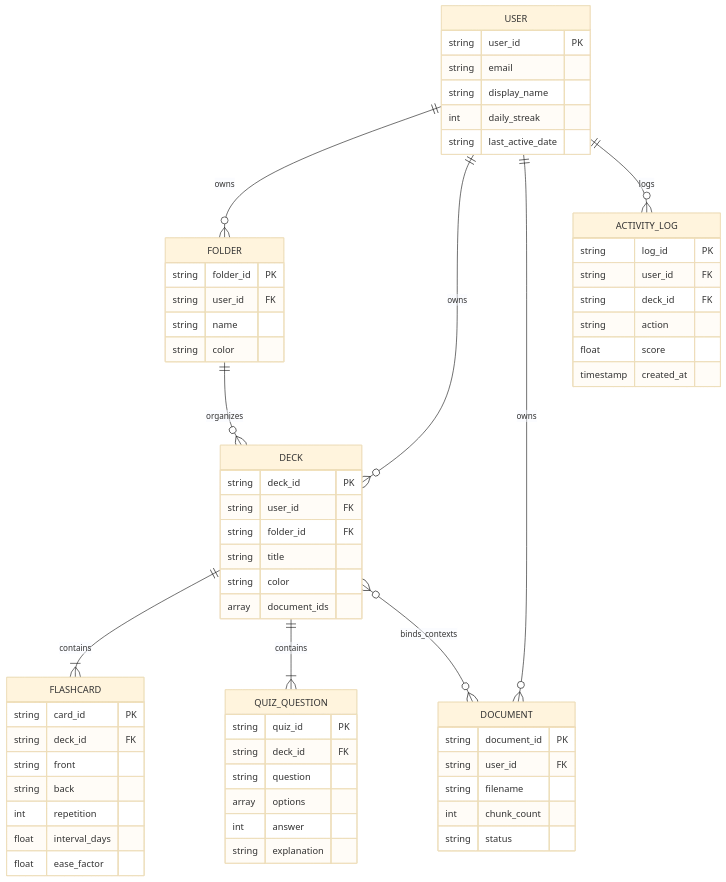
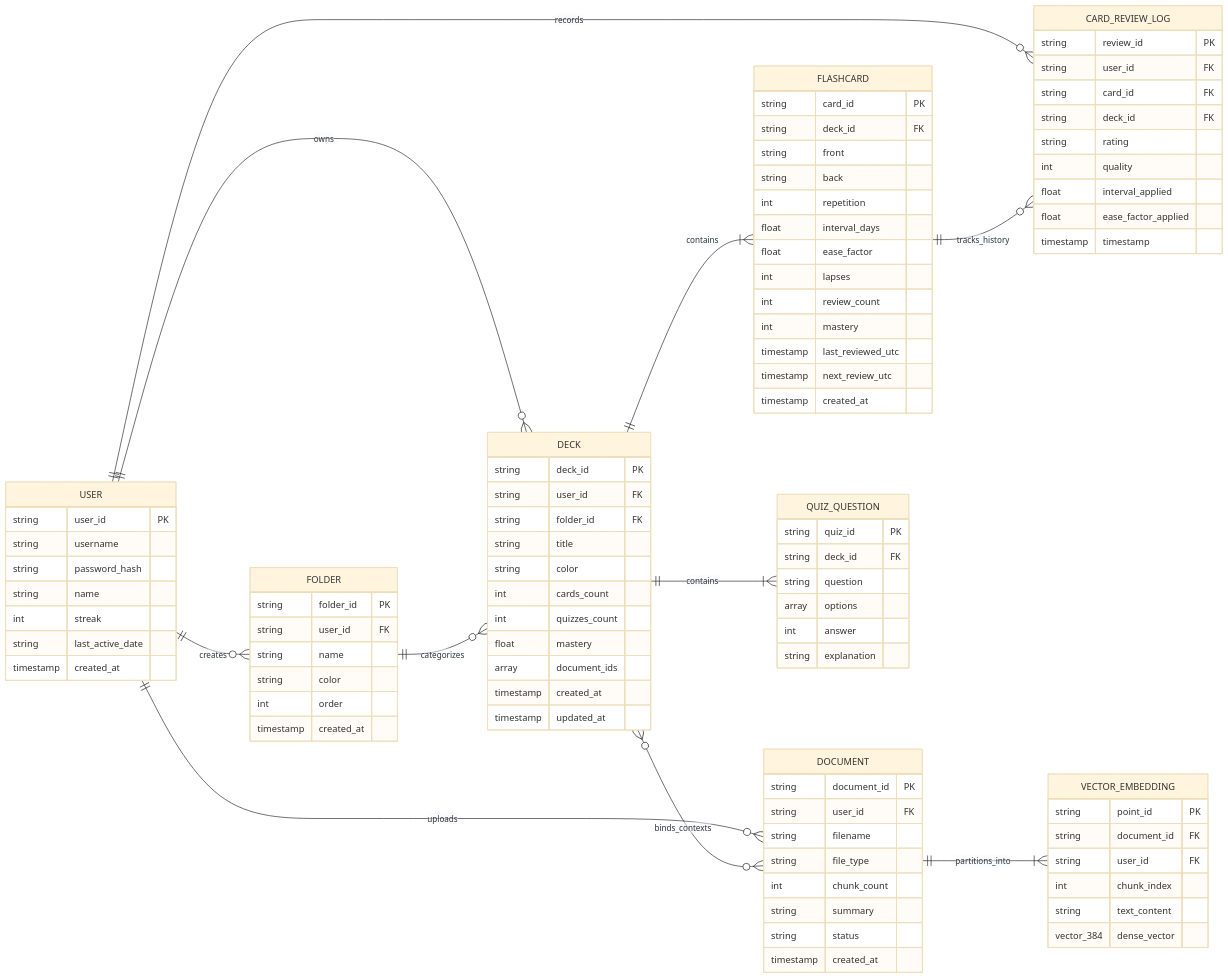
The tenth of 17 diagrams in documentation/DIAGRAMS.md (AryanTikam/Mneme), drawn with Mermaid (base theme) before and after one commit. The commit also changed other lines of this file and 8 other files, not shown here.

Commit message:
Updated report with ui snapshots and latest erd

````diff
--- a/documentation/DIAGRAMS.md
+++ b/documentation/DIAGRAMS.md
@@ -413,20 +438,26 @@
 ```mermaid
 erDiagram
-    USER ||--o{ FOLDER : owns
+    direction LR
+
+    USER ||--o{ FOLDER : creates
     USER ||--o{ DECK : owns
-    USER ||--o{ DOCUMENT : owns
-    USER ||--o{ ACTIVITY_LOG : logs
-    FOLDER ||--o{ DECK : organizes
+    USER ||--o{ DOCUMENT : uploads
+    USER ||--o{ CARD_REVIEW_LOG : records
+    FOLDER ||--o{ DECK : categorizes
     DECK ||--|{ FLASHCARD : contains
     DECK ||--|{ QUIZ_QUESTION : contains
     DECK }o--o{ DOCUMENT : binds_contexts
+    DOCUMENT ||--|{ VECTOR_EMBEDDING : partitions_into
+    FLASHCARD ||--o{ CARD_REVIEW_LOG : tracks_history
 
     USER {
         string user_id PK
-        string email
-        string display_name
-        int daily_streak
+        string username
+        string password_hash
+        string name
+        int streak
         string last_active_date
+        timestamp created_at
     }
 
     FOLDER {
@@ -434,6 +465,8 @@
         string user_id FK
         string name
         string color
+        int order
+        timestamp created_at
     }
 
     DECK {
@@ -442,7 +475,12 @@
         string folder_id FK
         string title
         string color
+        int cards_count
+        int quizzes_count
+        float mastery
         array document_ids
+        timestamp created_at
+        timestamp updated_at
     }
 
     FLASHCARD {
@@ -453,6 +491,12 @@
         int repetition
         float interval_days
         float ease_factor
+        int lapses
+        int review_count
+        int mastery
+        timestamp last_reviewed_utc
+        timestamp next_review_utc
+        timestamp created_at
     }
 
     QUIZ_QUESTION {
@@ -468,16 +512,31 @@
         string document_id PK
         string user_id FK
         string filename
+        string file_type
         int chunk_count
+        string summary
         string status
+        timestamp created_at
     }
 
-    ACTIVITY_LOG {
-        string log_id PK
+    VECTOR_EMBEDDING {
+        string point_id PK
+        string document_id FK
         string user_id FK
+        int chunk_index
+        string text_content
+        vector_384 dense_vector
+    }
+
+    CARD_REVIEW_LOG {
+        string review_id PK
+        string user_id FK
+        string card_id FK
         string deck_id FK
-        string action
-        float score
-        timestamp created_at
+        string rating
+        int quality
+        float interval_applied
+        float ease_factor_applied
+        timestamp timestamp
     }
 ```
````
